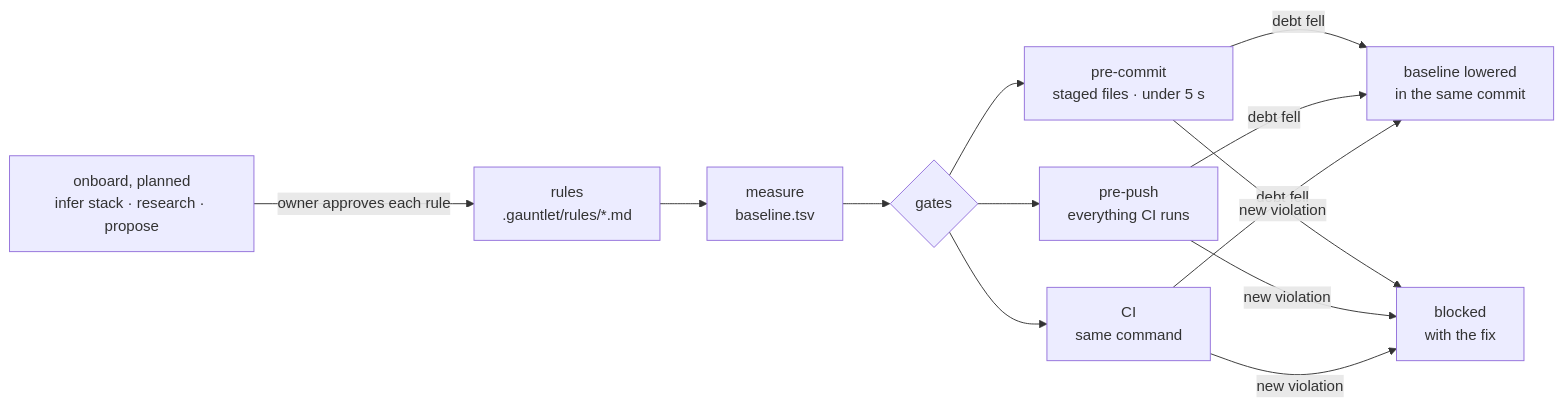
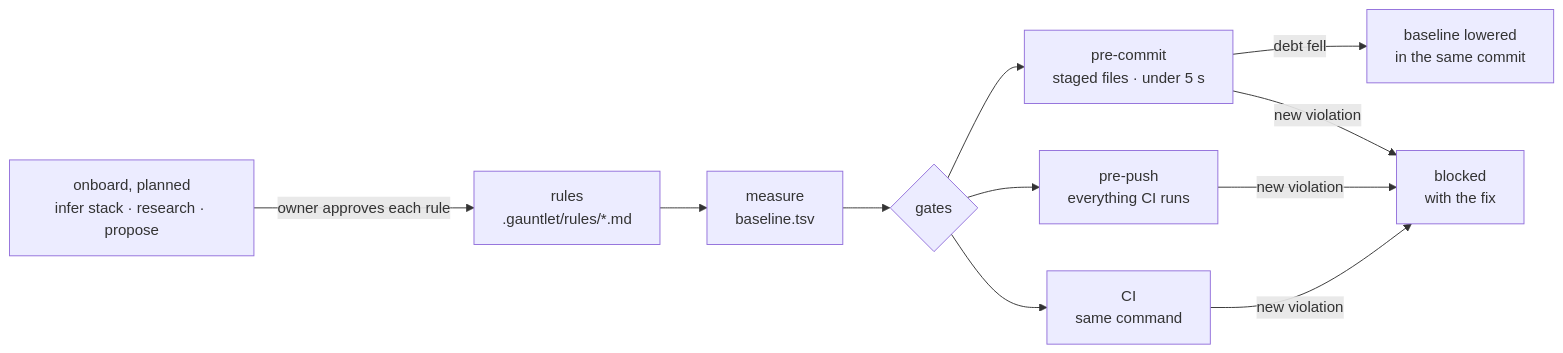
The first of 2 diagrams in README.md (antonygiomarxdev/gauntlet), drawn with Mermaid before and after one commit. The commit also changed other lines of this file and 14 other files, not shown here.

````diff
--- a/README.md
+++ b/README.md
@@ -54,11 +54,11 @@
 ```mermaid
 flowchart LR
   A[onboard, planned<br/>infer stack · research · propose] -->|owner approves each rule| B[rules<br/>.gauntlet/rules/*.md]
   B --> C[measure<br/>baseline.tsv]
   C --> D{gates}
   D --> E[pre-commit<br/>staged files · under 5 s]
   D --> F[pre-push<br/>everything CI runs]
   D --> G[CI<br/>same command]
-  E & F & G -->|debt fell| H[baseline lowered<br/>in the same commit]
+  E -->|debt fell| H[baseline lowered<br/>in the same commit]
   E & F & G -->|new violation| I[blocked<br/>with the fix]
 ```
````
